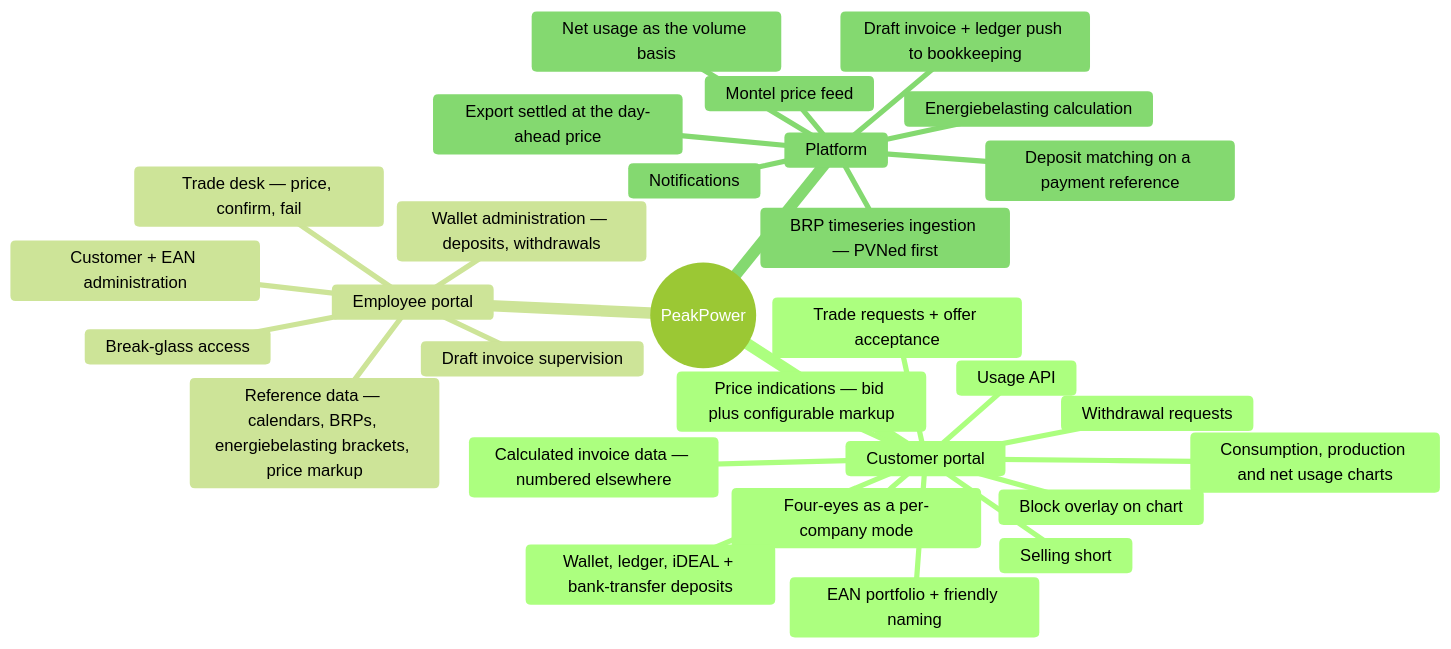
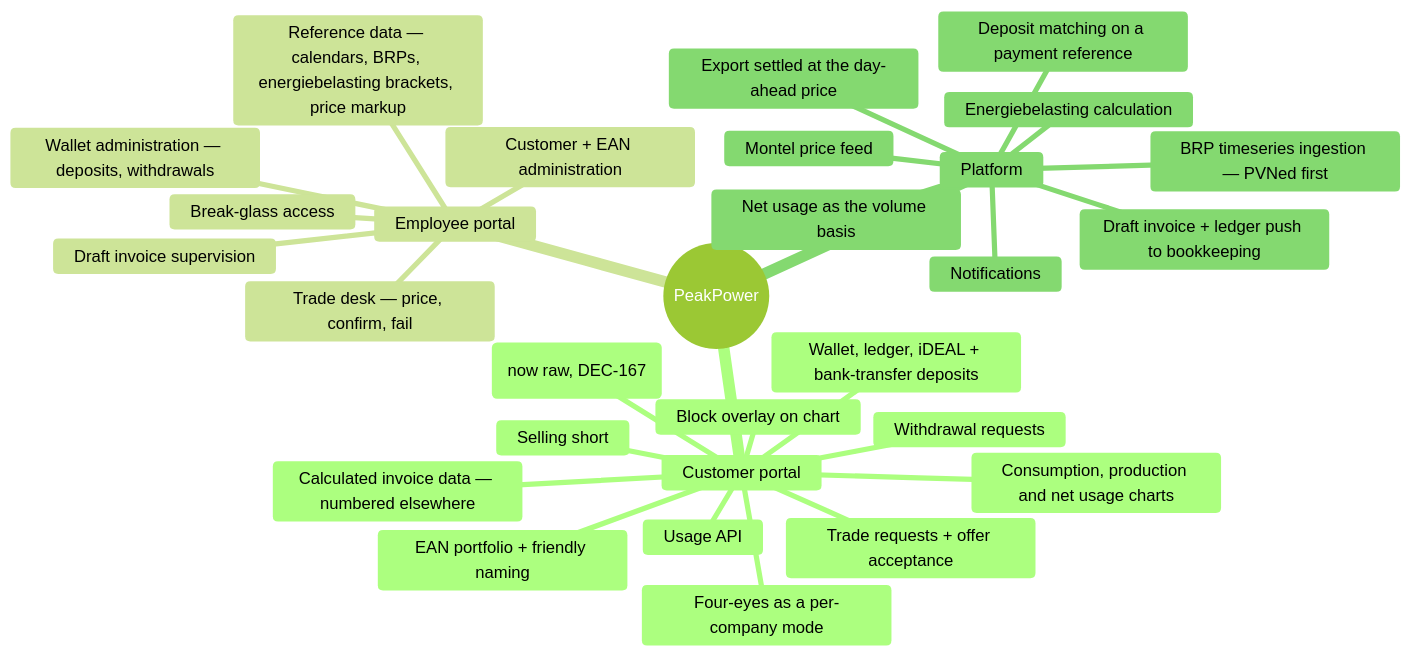
The diagram in specs/00-overview/01-vision-and-scope.md (lukastosic-ifd/peakpowerspecs), drawn with Mermaid (forest theme) before and after one commit. The commit also changed 14 other files, not shown here.

Commit message:
docs(specs): fix S1 review findings on lock order, Montel raw-price notes and guard lists

````diff
--- a/specs/00-overview/01-vision-and-scope.md
+++ b/specs/00-overview/01-vision-and-scope.md
@@ -57,32 +57,32 @@
 ```mermaid
 mindmap
   root((PeakPower))
     Customer portal
       EAN portfolio + friendly naming
       Consumption, production and net usage charts
       Block overlay on chart
-      Price indications — bid plus configurable markup
+      Price indications — bid plus configurable markup (now raw, DEC-167)
       Trade requests + offer acceptance
       Selling short
       Four-eyes as a per-company mode
       Wallet, ledger, iDEAL + bank-transfer deposits
       Withdrawal requests
       Calculated invoice data — numbered elsewhere
       Usage API
     Employee portal
       Customer + EAN administration
       Trade desk — price, confirm, fail
       Wallet administration — deposits, withdrawals
       Draft invoice supervision
       Reference data — calendars, BRPs, energiebelasting brackets, price markup
       Break-glass access
     Platform
       BRP timeseries ingestion — PVNed first
       Net usage as the volume basis
       Export settled at the day-ahead price
       Montel price feed
       Deposit matching on a payment reference
       Energiebelasting calculation
       Draft invoice + ledger push to bookkeeping
       Notifications
 ```
````
